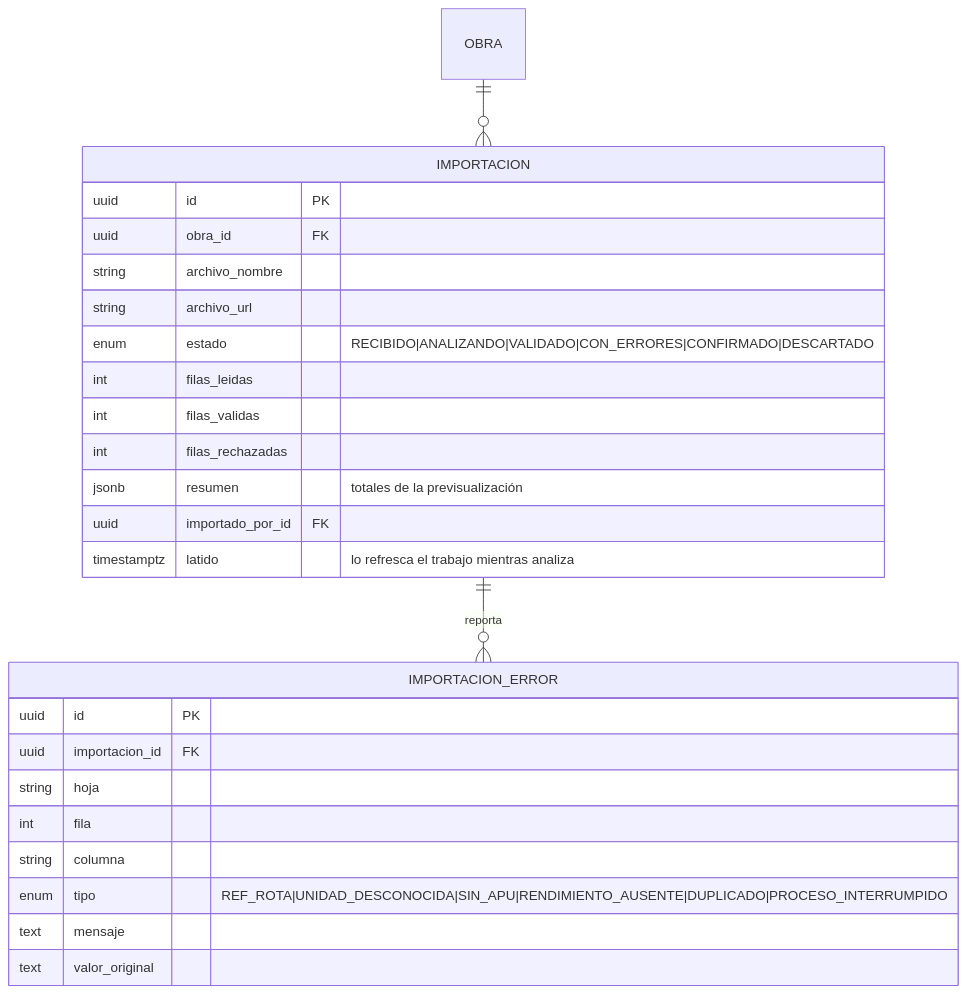
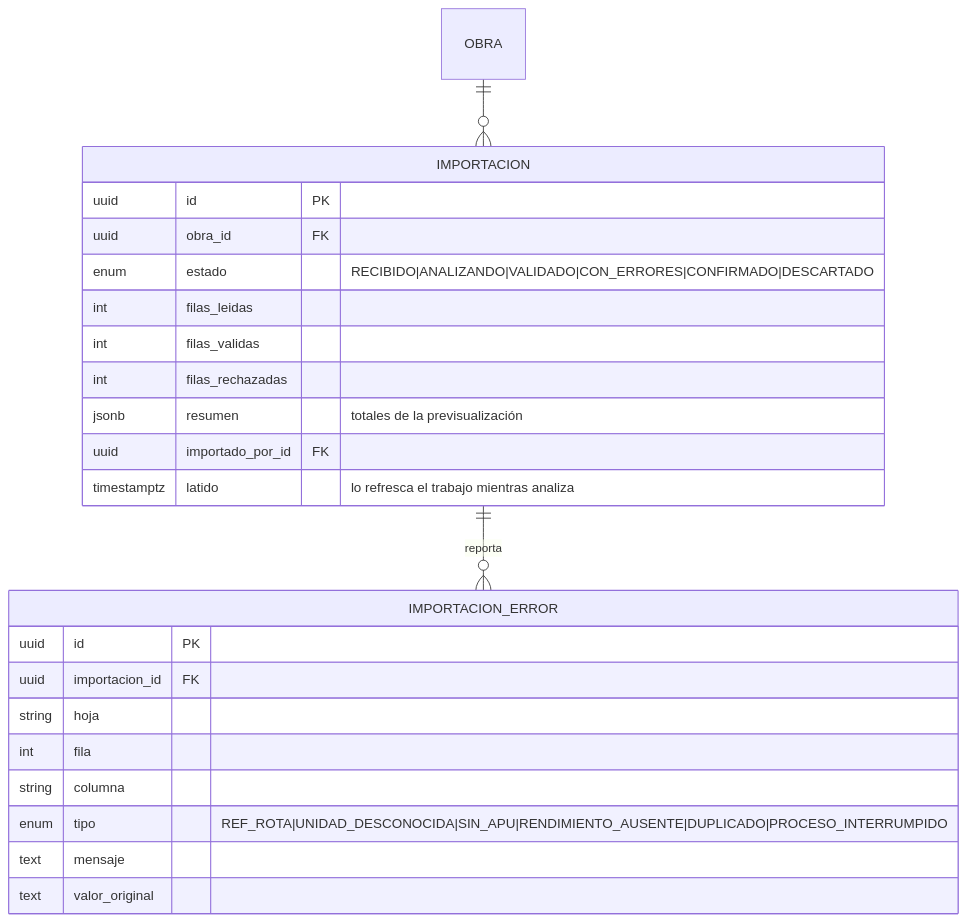
One commit to FranciscoRodSilva/IA4Devs-Proyecto-Final changed diagram 11 of 16 in docs/03-modelo-datos.md. Above: the diagram before and after it, drawn with Mermaid. The commit also changed other lines of this file and 12 other files, not shown here.

````diff
--- a/docs/03-modelo-datos.md
+++ b/docs/03-modelo-datos.md
@@ -910,29 +913,27 @@
 ```mermaid
 erDiagram
     IMPORTACION ||--o{ IMPORTACION_ERROR : "reporta"
     OBRA ||--o{ IMPORTACION : ""
 
     IMPORTACION {
         uuid id PK
         uuid obra_id FK
-        string archivo_nombre
-        string archivo_url
         enum estado "RECIBIDO|ANALIZANDO|VALIDADO|CON_ERRORES|CONFIRMADO|DESCARTADO"
         int filas_leidas
         int filas_validas
         int filas_rechazadas
         jsonb resumen "totales de la previsualización"
         uuid importado_por_id FK
         timestamptz latido "lo refresca el trabajo mientras analiza"
     }
     IMPORTACION_ERROR {
         uuid id PK
         uuid importacion_id FK
         string hoja
         int fila
         string columna
         enum tipo "REF_ROTA|UNIDAD_DESCONOCIDA|SIN_APU|RENDIMIENTO_AUSENTE|DUPLICADO|PROCESO_INTERRUMPIDO"
         text mensaje
         text valor_original
     }
 ```
````
